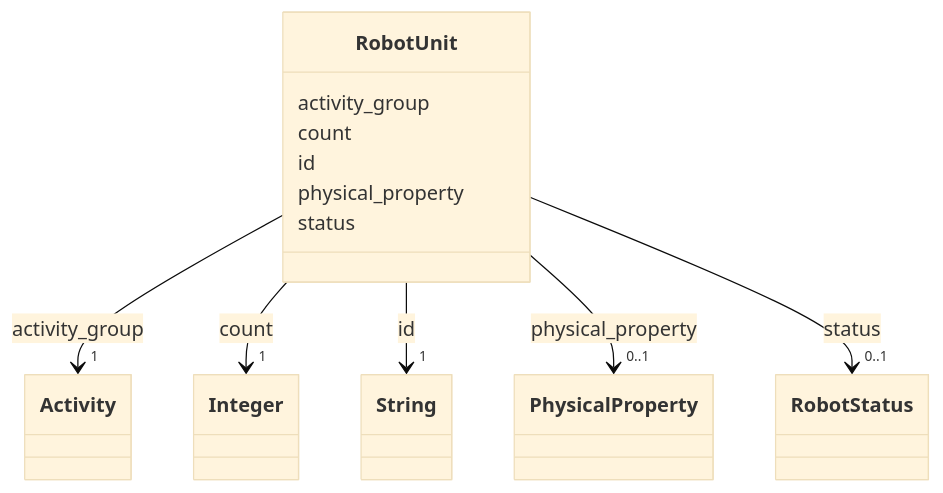
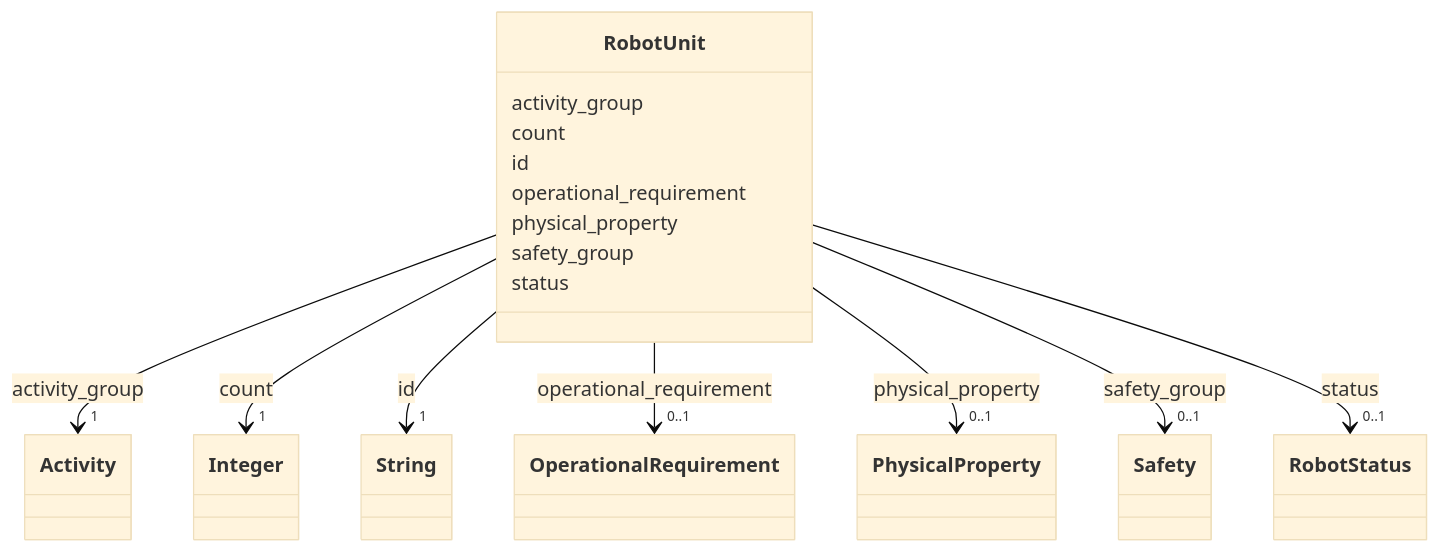
The diagram in docs/model/resource/RobotUnit.md (maikeljsb/rcpc-schema), drawn with Mermaid (base theme) before and after one commit. The commit also changed other lines of this file and 37 other files, not shown here.

Commit message:
feat(resource): add OperationalRequirement, Safety and the Activity attributes

````diff
--- a/docs/model/resource/RobotUnit.md
+++ b/docs/model/resource/RobotUnit.md
@@ -23,61 +23,83 @@
 ```mermaid
  classDiagram
     class RobotUnit
     click RobotUnit href "../RobotUnit/"
       RobotUnit : activity_group
         
           
     
         
         
         RobotUnit --> "1" Activity : activity_group
         click Activity href "../Activity/"
     
 
         
       RobotUnit : count
         
           
     
         
         
         RobotUnit --> "1" Integer : count
         click Integer href "../http://www.w3.org/2001/XMLSchema#integer/"
     
 
         
       RobotUnit : id
         
           
     
         
         
         RobotUnit --> "1" String : id
         click String href "../http://www.w3.org/2001/XMLSchema#string/"
     
 
         
+      RobotUnit : operational_requirement
+        
+          
+    
+        
+        
+        RobotUnit --> "0..1" OperationalRequirement : operational_requirement
+        click OperationalRequirement href "../OperationalRequirement/"
+    
+
+        
       RobotUnit : physical_property
         
           
     
         
         
         RobotUnit --> "0..1" PhysicalProperty : physical_property
         click PhysicalProperty href "../PhysicalProperty/"
+    
+
+        
+      RobotUnit : safety_group
+        
+          
+    
+        
+        
+        RobotUnit --> "0..1" Safety : safety_group
+        click Safety href "../Safety/"
     
 
         
       RobotUnit : status
         
           
     
         
         
         RobotUnit --> "0..1" RobotStatus : status
         click RobotStatus href "../RobotStatus/"
     
 
         
       
 ```
````
